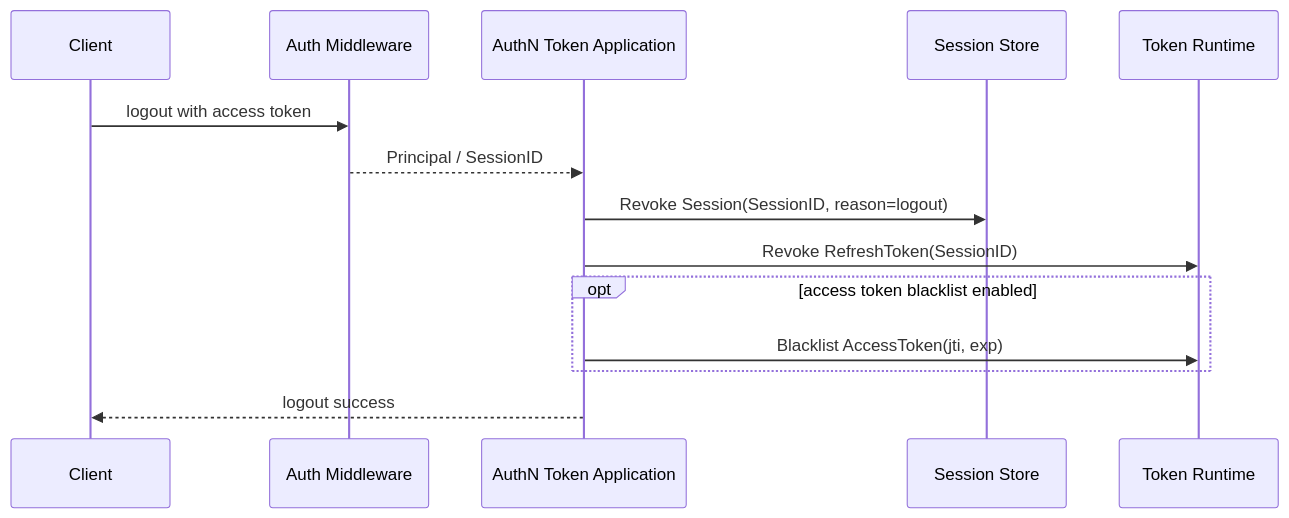
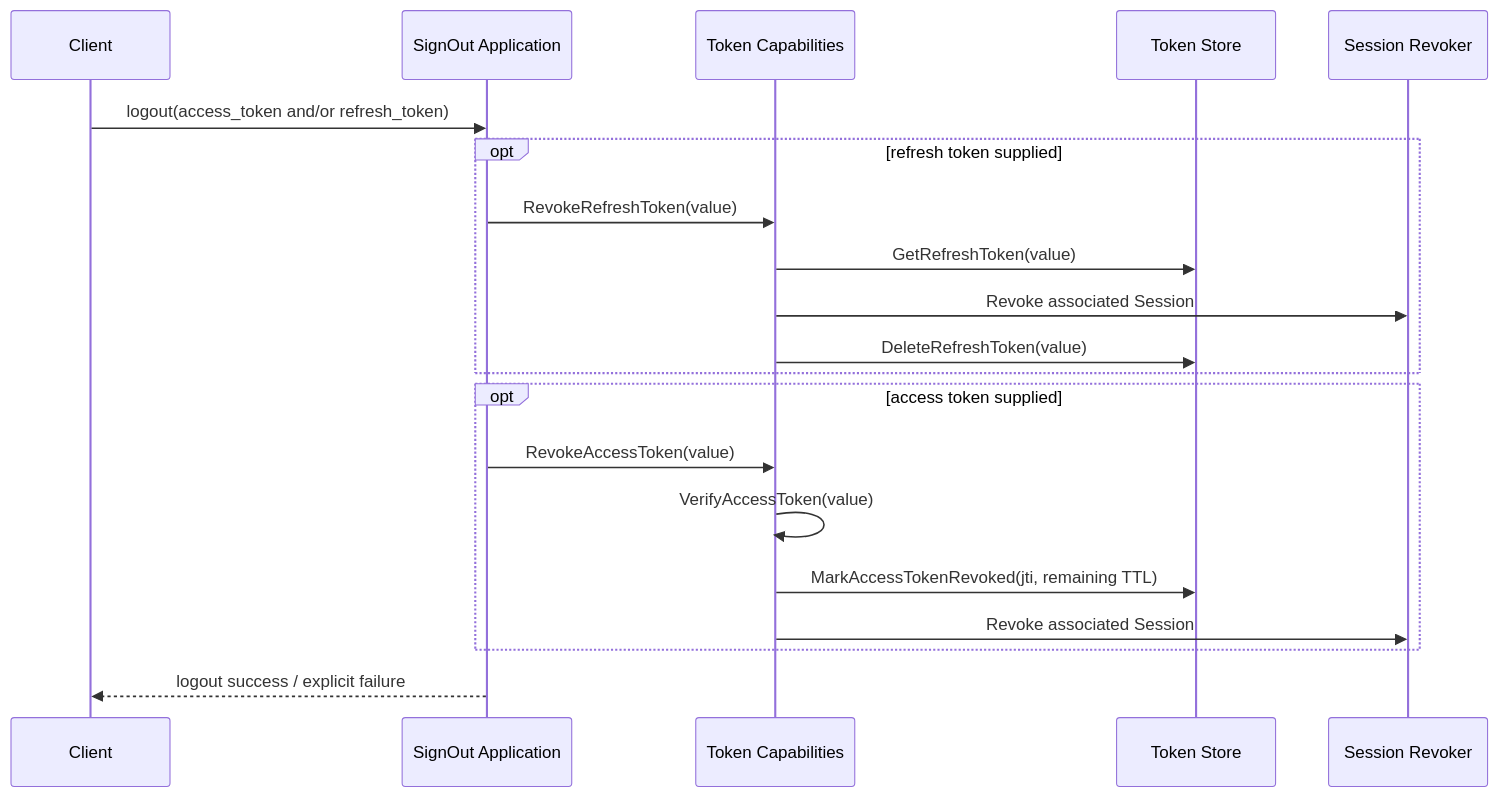
Before and after one commit to FangcunMount/iam: the sixth of 9 diagrams in docs/02-业务模块/02-AuthN/05-关键链路-Token签发刷新吊销.md, drawn with Mermaid. The commit also changed other lines of this file and 61 other files, not shown here.

````diff
--- a/docs/02-业务模块/02-AuthN/05-关键链路-Token签发刷新吊销.md
+++ b/docs/02-业务模块/02-AuthN/05-关键链路-Token签发刷新吊销.md
@@ -464,17 +497,23 @@
 ```mermaid
 sequenceDiagram
     participant C as Client
-    participant MW as Auth Middleware
-    participant A as AuthN Token Application
-    participant SS as Session Store
-    participant TR as Token Runtime
+    participant S as SignOut Application
+    participant T as Token Capabilities
+    participant TS as Token Store
+    participant SS as Session Revoker
 
-    C->>MW: logout with access token
-    MW-->>A: Principal / SessionID
-    A->>SS: Revoke Session(SessionID, reason=logout)
-    A->>TR: Revoke RefreshToken(SessionID)
-    opt access token blacklist enabled
-        A->>TR: Blacklist AccessToken(jti, exp)
+    C->>S: logout(access_token and/or refresh_token)
+    opt refresh token supplied
+        S->>T: RevokeRefreshToken(value)
+        T->>TS: GetRefreshToken(value)
+        T->>SS: Revoke associated Session
+        T->>TS: DeleteRefreshToken(value)
     end
-    A-->>C: logout success
+    opt access token supplied
+        S->>T: RevokeAccessToken(value)
+        T->>T: VerifyAccessToken(value)
+        T->>TS: MarkAccessTokenRevoked(jti, remaining TTL)
+        T->>SS: Revoke associated Session
+    end
+    S-->>C: logout success / explicit failure
 ```
````
